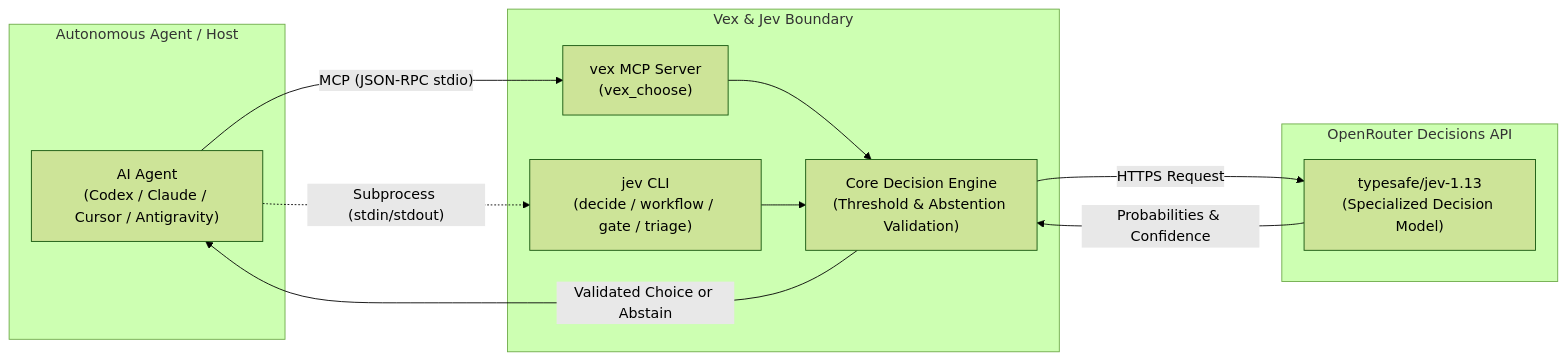
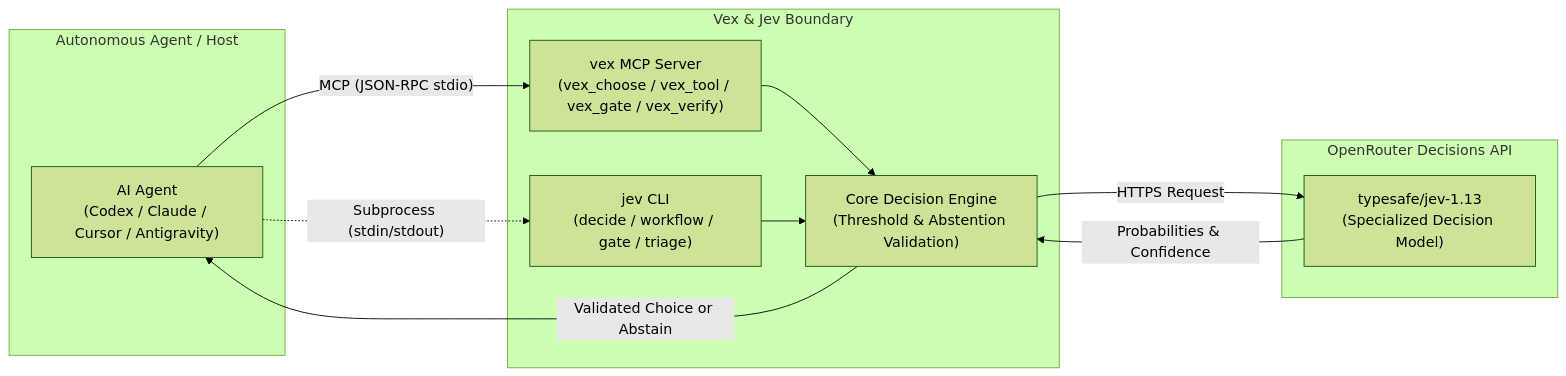
The diagram in README.md (SideArker/Vex), drawn with Mermaid (forest theme) before and after one commit. The commit also changed other lines of this file and 5 other files, not shown here.

First line of the commit message:
Add MCP tools vex_tool, vex_gate, vex_verify

````diff
--- a/README.md
+++ b/README.md
@@ -30,24 +30,24 @@
 ```mermaid
 flowchart LR
     subgraph AgentRuntime["Autonomous Agent / Host"]
         Agent["AI Agent\n(Codex / Claude / Cursor / Antigravity)"]
     end
 
     subgraph VexPackage["Vex & Jev Boundary"]
-        MCP["vex MCP Server\n(vex_choose)"]
+        MCP["vex MCP Server\n(vex_choose / vex_tool / vex_gate / vex_verify)"]
         CLI["jev CLI\n(decide / workflow / gate / triage)"]
         Engine["Core Decision Engine\n(Threshold & Abstention Validation)"]
     end
 
     subgraph Remote["OpenRouter Decisions API"]
         JevModel["typesafe/jev-1.13\n(Specialized Decision Model)"]
     end
 
     Agent -->|"MCP (JSON-RPC stdio)"| MCP
     Agent -.->|"Subprocess (stdin/stdout)"| CLI
     MCP --> Engine
     CLI --> Engine
     Engine -->|"HTTPS Request"| JevModel
     JevModel -->|"Probabilities & Confidence"| Engine
     Engine -->|"Validated Choice or Abstain"| Agent
 ```
````
